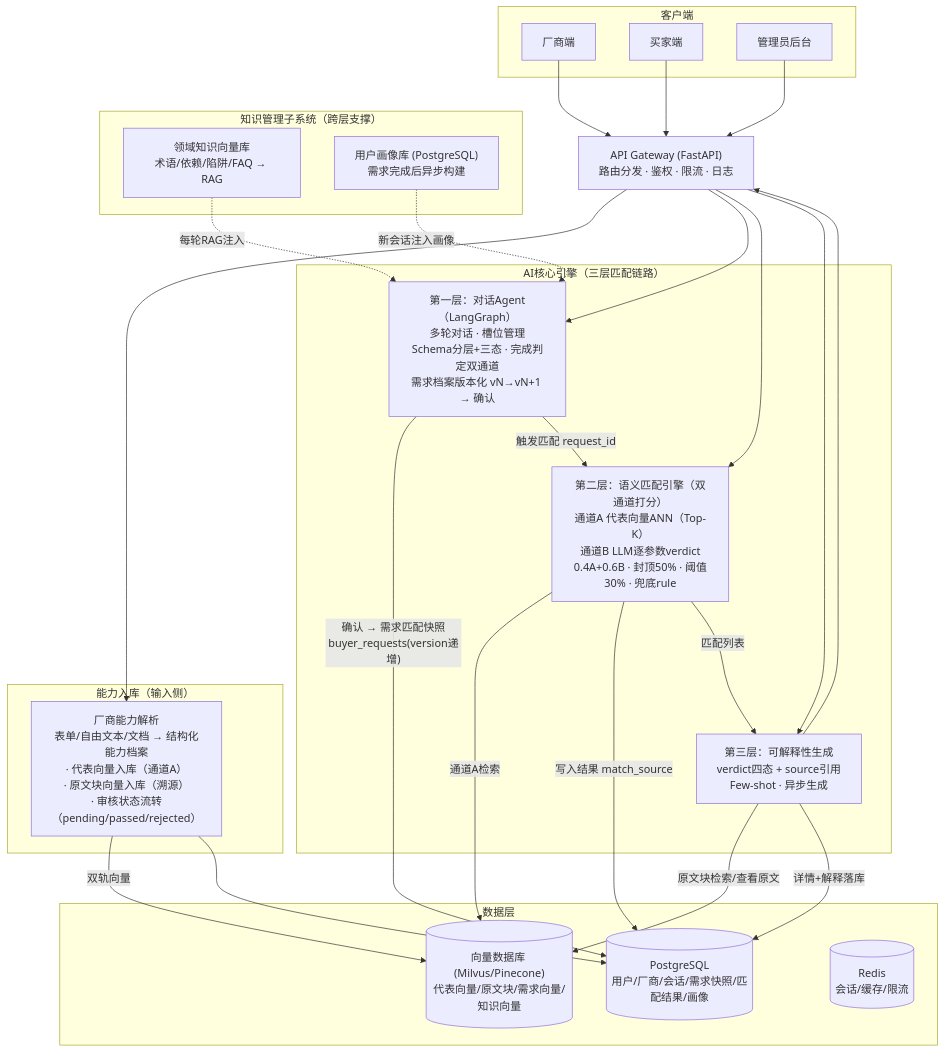
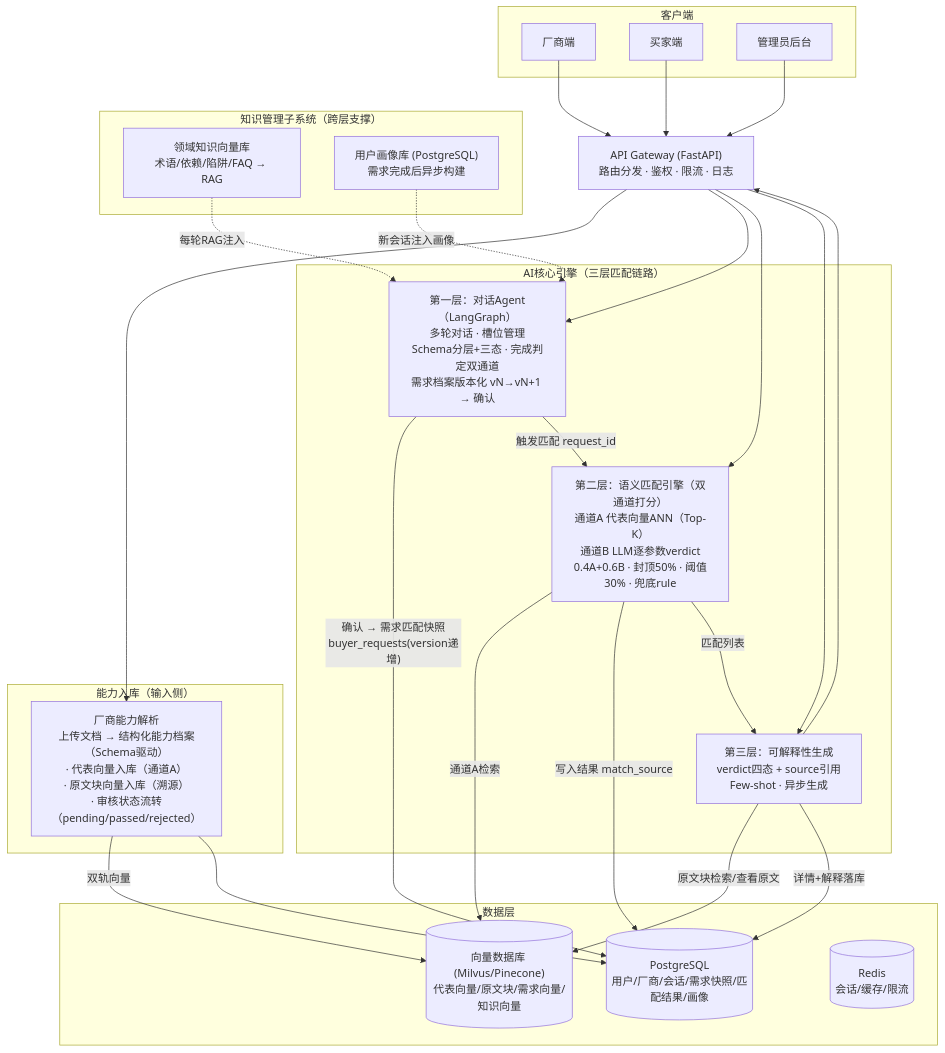
Before and after one commit to ivgotcrazy/xmsn-demo: the diagram in doc/系统/核心系统需求.md, drawn with Mermaid. The commit also changed other lines of this file and 22 other files, not shown here.

````diff
--- a/doc/系统/核心系统需求.md
+++ b/doc/系统/核心系统需求.md
@@ -177,55 +177,55 @@
 ```mermaid
 graph TB
     subgraph Client["客户端"]
         Vendor["厂商端"]
         Buyer["买家端"]
         Admin["管理员后台"]
     end
 
     GW["API Gateway (FastAPI)<br/>路由分发 · 鉴权 · 限流 · 日志"]
 
     subgraph Ingest["能力入库（输入侧）"]
-        Cap["厂商能力解析<br/>表单/自由文本/文档 → 结构化能力档案<br/>· 代表向量入库（通道A）<br/>· 原文块向量入库（溯源）<br/>· 审核状态流转（pending/passed/rejected）"]
+        Cap["厂商能力解析<br/>上传文档 → 结构化能力档案（Schema驱动）<br/>· 代表向量入库（通道A）<br/>· 原文块向量入库（溯源）<br/>· 审核状态流转（pending/passed/rejected）"]
     end
 
     subgraph Core["AI核心引擎（三层匹配链路）"]
         DA["第一层：对话Agent（LangGraph）<br/>多轮对话 · 槽位管理<br/>Schema分层+三态 · 完成判定双通道<br/>需求档案版本化 vN→vN+1 → 确认"]
         ME["第二层：语义匹配引擎（双通道打分）<br/>通道A 代表向量ANN（Top-K）<br/>通道B LLM逐参数verdict<br/>0.4A+0.6B · 封顶50% · 阈值30% · 兜底rule"]
         EG["第三层：可解释性生成<br/>verdict四态 + source引用<br/>Few-shot · 异步生成"]
     end
 
     subgraph KMS["知识管理子系统（跨层支撑）"]
         KB["领域知识向量库<br/>术语/依赖/陷阱/FAQ → RAG"]
         UP["用户画像库 (PostgreSQL)<br/>需求完成后异步构建"]
     end
 
     subgraph DL["数据层"]
         PG[("PostgreSQL<br/>用户/厂商/会话/需求快照/匹配结果/画像")]
         VDB[("向量数据库 (Milvus/Pinecone)<br/>代表向量/原文块/需求向量/知识向量")]
         RD[("Redis<br/>会话/缓存/限流")]
     end
 
     Vendor --> GW
     Buyer --> GW
     Admin --> GW
 
     GW --> Cap
     GW --> DA
     GW --> ME
     GW --> EG
 
     Cap -->|"双轨向量"| VDB
     Cap --> PG
 
     KB -. "每轮RAG注入" .-> DA
     UP -. "新会话注入画像" .-> DA
 
     DA -->|"确认 → 需求匹配快照<br/>buyer_requests(version递增)"| PG
     DA -->|"触发匹配 request_id"| ME
     ME -->|"通道A检索"| VDB
     ME -->|"写入结果 match_source"| PG
     ME -->|"匹配列表"| EG
     EG -->|"原文块检索/查看原文"| VDB
     EG -->|"详情+解释落库"| PG
     EG --> GW
 ```
````
